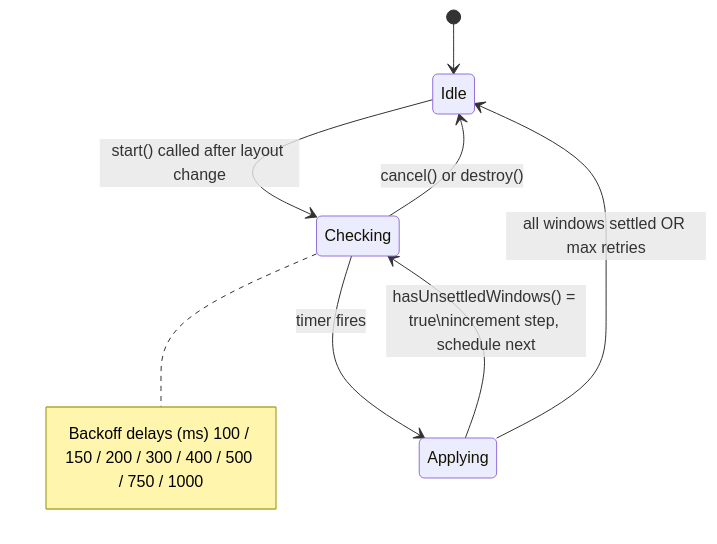
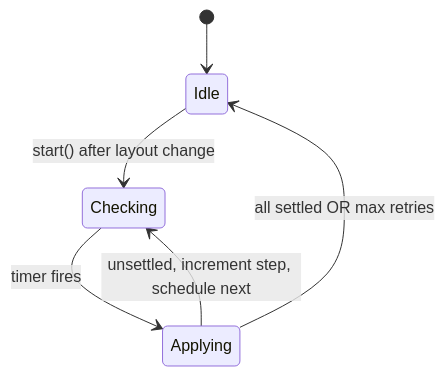
The fifth of 9 diagrams in docs/architecture.md (notiriel/kestrel), drawn with Mermaid before and after one commit. The commit also changed other lines of this file and 8 other files, not shown here.

````diff
--- a/docs/architecture.md
+++ b/docs/architecture.md
@@ -275,12 +432,8 @@
 ```mermaid
 stateDiagram-v2
     [*] --> Idle
-
-    Idle --> Checking: start() called after layout change
-    note right of Checking: Backoff delays (ms) 100 / 150 / 200 / 300 / 400 / 500 / 750 / 1000
-
+    Idle --> Checking: start() after layout change
     Checking --> Applying: timer fires
-    Applying --> Checking: hasUnsettledWindows() = true\nincrement step, schedule next
-    Applying --> Idle: all windows settled OR max retries
-    Checking --> Idle: cancel() or destroy()
+    Applying --> Checking: unsettled, increment step, schedule next
+    Applying --> Idle: all settled OR max retries
 ```
````
